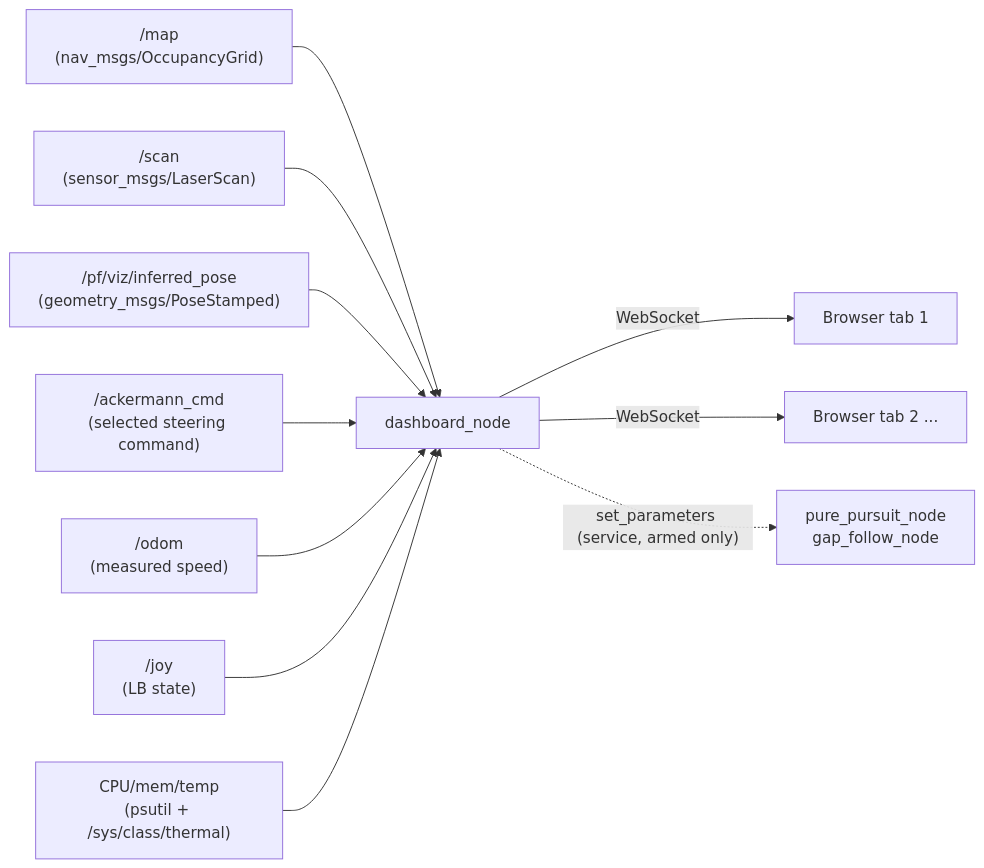
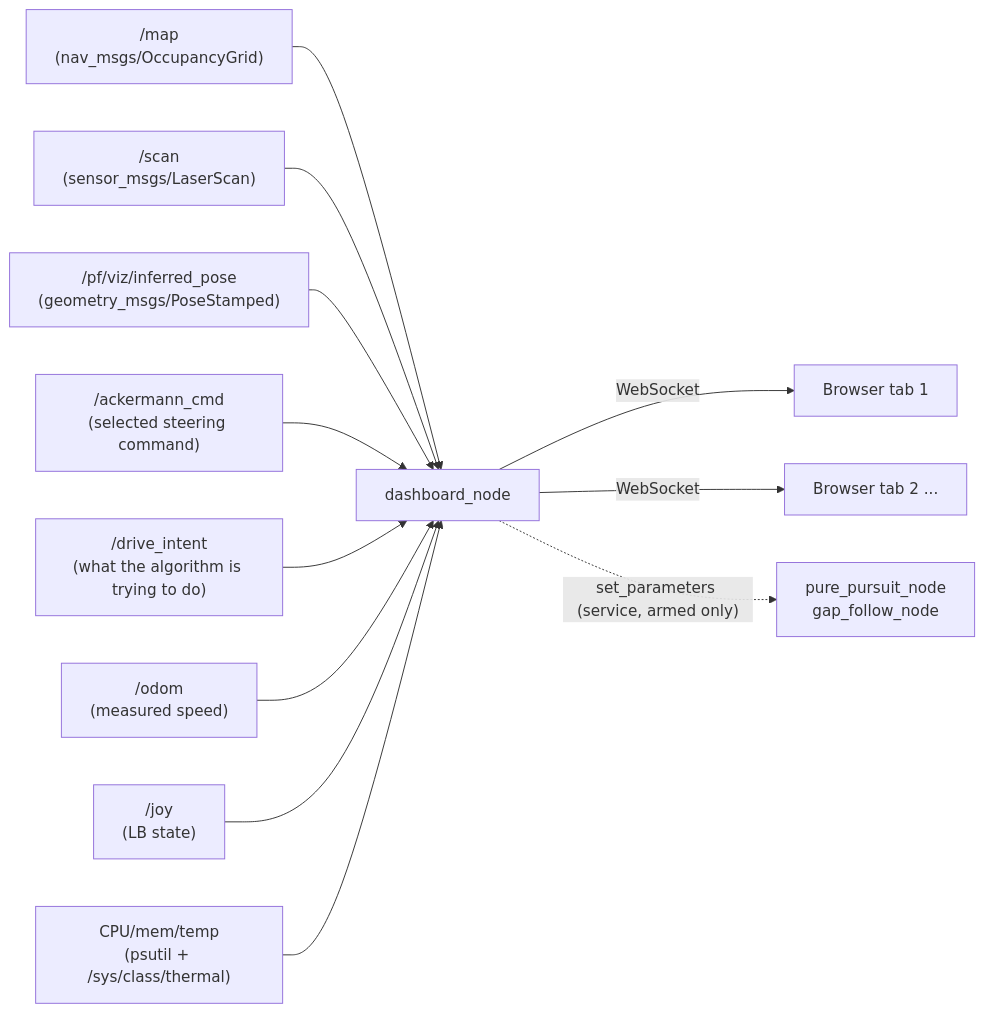
Before and after one commit to sfu-racerbot/Racerbot-Car-2-Workspace: the diagram in docs/web-dashboard.md, drawn with Mermaid. The commit also changed other lines of this file and 33 other files, not shown here.

````diff
--- a/docs/web-dashboard.md
+++ b/docs/web-dashboard.md
@@ -81,13 +81,14 @@
 ```mermaid
 flowchart LR
     M["/map\n(nav_msgs/OccupancyGrid)"] --> N[dashboard_node]
     S["/scan\n(sensor_msgs/LaserScan)"] --> N
     P["/pf/viz/inferred_pose\n(geometry_msgs/PoseStamped)"] --> N
     D["/ackermann_cmd\n(selected steering command)"] --> N
+    I["/drive_intent\n(what the algorithm is trying to do)"] --> N
     O["/odom\n(measured speed)"] --> N
     J["/joy\n(LB state)"] --> N
     T["CPU/mem/temp\n(psutil + /sys/class/thermal)"] --> N
     N -- WebSocket --> B1[Browser tab 1]
     N -- WebSocket --> B2[Browser tab 2 ...]
     N -. "set_parameters (service, armed only)" .-> D1["pure_pursuit_node\ngap_follow_node"]
 ```
````
